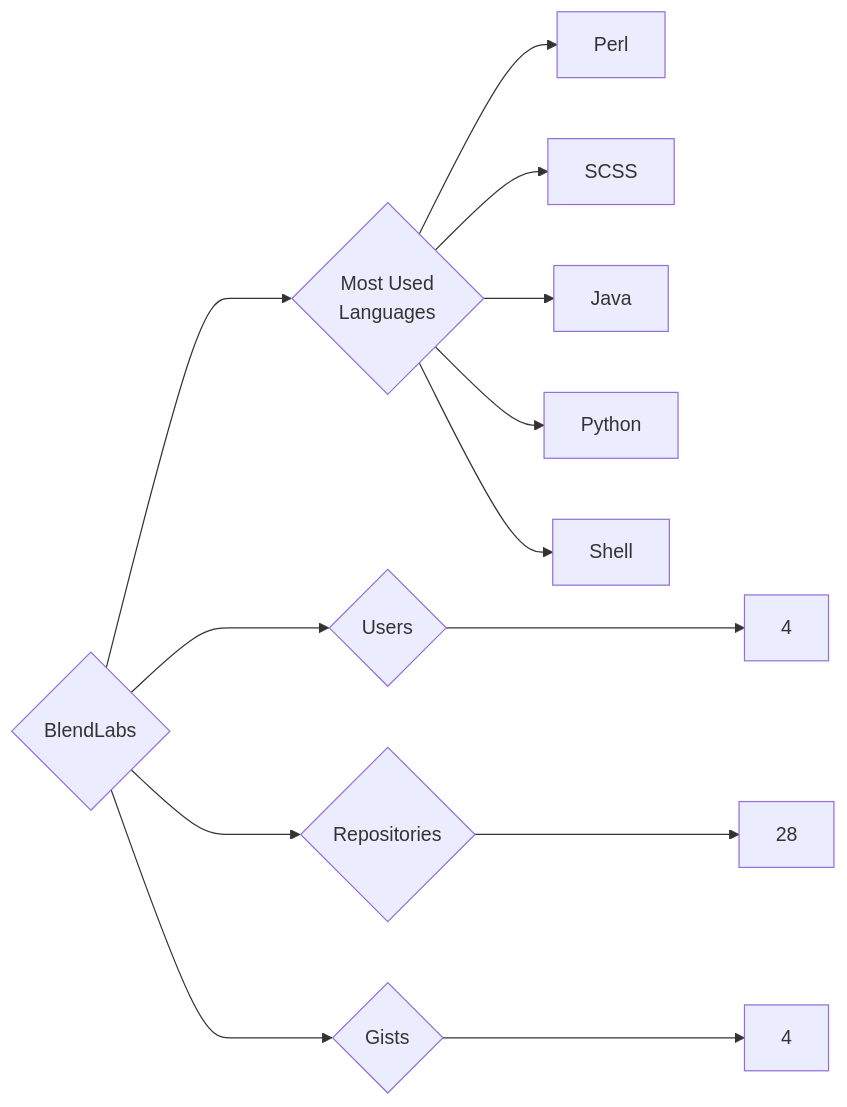
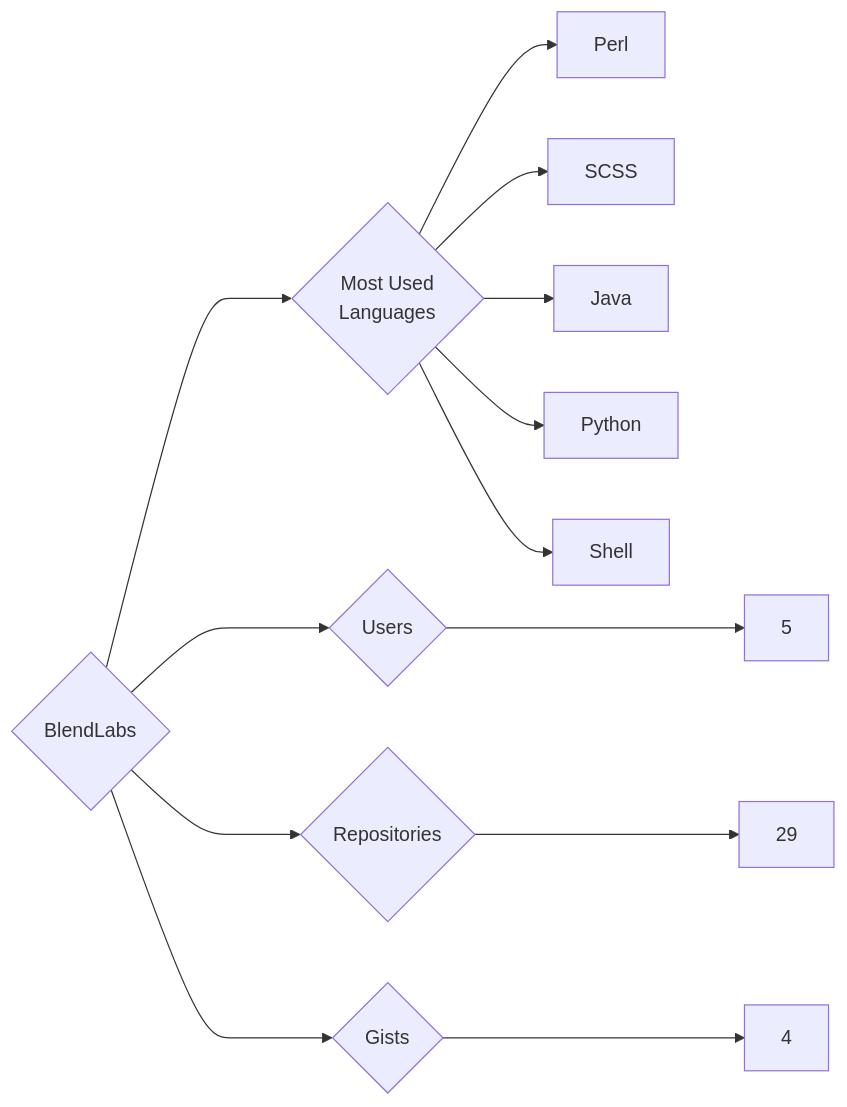
One commit to trickest/insiders changed the diagram in targets/BlendLabs/README.md. Above: the diagram before and after it, drawn with Mermaid. The commit also changed 776 other files, not shown here.

````diff
--- a/targets/BlendLabs/README.md
+++ b/targets/BlendLabs/README.md
@@ -3,13 +3,13 @@
 ```mermaid
 graph LR
 COMPANY_NAME{BlendLabs}
-COMPANY_NAME ---> U{Users} ---> UN[4]
-COMPANY_NAME ---> R{Repositories} ---> RN[28]
+COMPANY_NAME ---> U{Users} ---> UN[5]
+COMPANY_NAME ---> R{Repositories} ---> RN[29]
 COMPANY_NAME ---> G{Gists} ---> GN[4]
 COMPANY_NAME ---> ML{Most Used<br>Languages}
 ML --> Perl[Perl]
 ML --> SCSS[SCSS]
 ML --> Java[Java]
 ML --> Python[Python]
 ML --> Shell[Shell]
 ```
````
